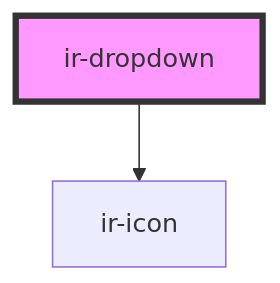
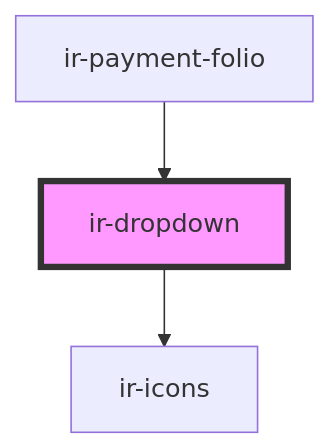
Before and after one commit to RonyRizk/ir-webcmp: the diagram in src/components/ui/ir-dropdown/readme.md, drawn with Mermaid. The commit also changed other lines of this file and 156 other files, not shown here.

````diff
--- a/src/components/ui/ir-dropdown/readme.md
+++ b/src/components/ui/ir-dropdown/readme.md
@@ -30,5 +34,6 @@
 ```mermaid
 graph TD;
-  ir-dropdown --> ir-icon
+  ir-dropdown --> ir-icons
+  ir-payment-folio --> ir-dropdown
   style ir-dropdown fill:#f9f,stroke:#333,stroke-width:4px
 ```
````
